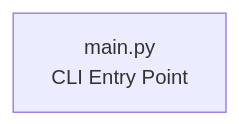
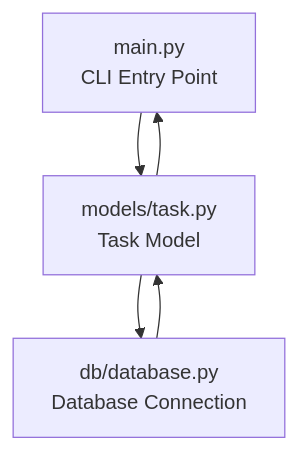
The diagram in docs/architecture.md (yorch-codes/task_api), drawn with Mermaid before and after one commit. The commit also changed other lines of this file and 2 other files, not shown here.

````diff
--- a/docs/architecture.md
+++ b/docs/architecture.md
@@ -13,7 +31,11 @@
 ```mermaid
 flowchart TD
 
     A[main.py<br>CLI Entry Point]
-
-    A
+    B[models/task.py<br>Task Model]
+    C[db/database.py<br>Database Connection]
+    A --> B
+    B --> A
+    B --> C
+    C --> B
 ```
````
